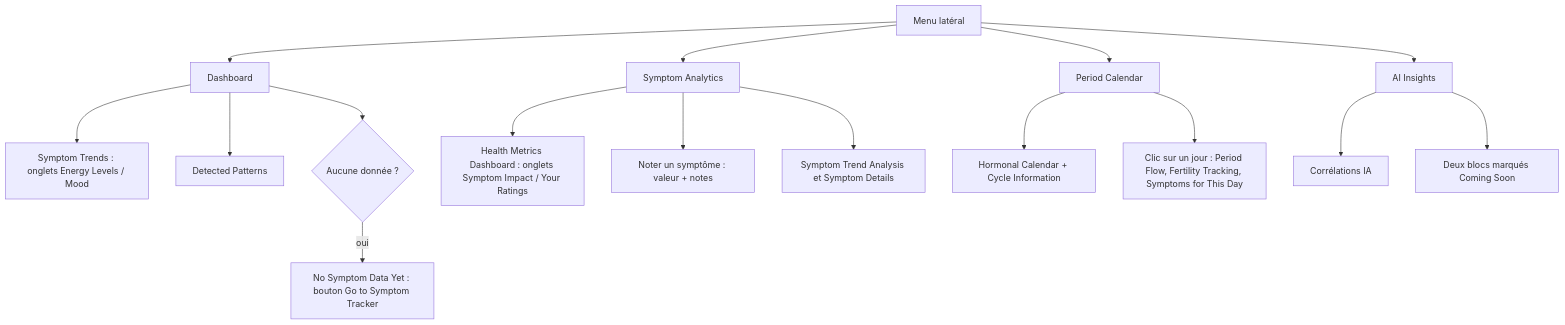
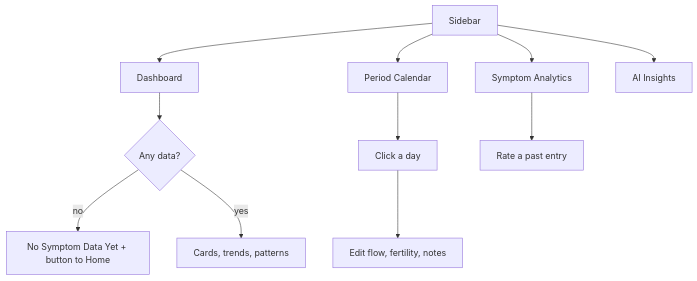
One commit to EtiennePellissier/ENDOless-project changed the fifth of 5 diagrams in ux2/ux-flows.md. Above: the diagram before and after it, drawn with Mermaid. The commit also changed other lines of this file, not shown here.

First line of the commit message:
Revise UX flows documentation with detailed user navigation

````diff
--- a/ux2/ux-flows.md
+++ b/ux2/ux-flows.md
@@ -125,18 +214,12 @@
 ```mermaid
 flowchart TD
-    M["Menu latéral"] --> D["Dashboard"]
-    M --> A["Symptom Analytics"]
-    M --> C["Period Calendar"]
-    M --> I["AI Insights"]
-    D --> D1["Symptom Trends : onglets Energy Levels / Mood"]
-    D --> D2["Detected Patterns"]
-    D --> D3{"Aucune donnée ?"}
-    D3 -- oui --> D4["No Symptom Data Yet : bouton Go to Symptom Tracker"]
-    A --> A1["Health Metrics Dashboard : onglets Symptom Impact / Your Ratings"]
-    A --> A2["Noter un symptôme : valeur + notes"]
-    A --> A3["Symptom Trend Analysis et Symptom Details"]
-    C --> C1["Hormonal Calendar + Cycle Information"]
-    C --> C2["Clic sur un jour : Period Flow, Fertility Tracking, Symptoms for This Day"]
-    I --> I1["Corrélations IA"]
-    I --> I2["Deux blocs marqués Coming Soon"]
+    M[Sidebar] --> D[Dashboard]
+    M --> A[Symptom Analytics]
+    M --> C[Period Calendar]
+    M --> I[AI Insights]
+    D --> D1{Any data?}
+    D1 -- no --> D2[No Symptom Data Yet + button to Home]
+    D1 -- yes --> D3[Cards, trends, patterns]
+    C --> C1[Click a day] --> C2[Edit flow, fertility, notes]
+    A --> A1[Rate a past entry]
 ```
````
